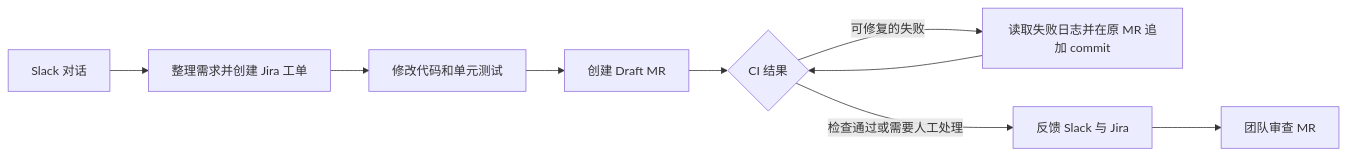
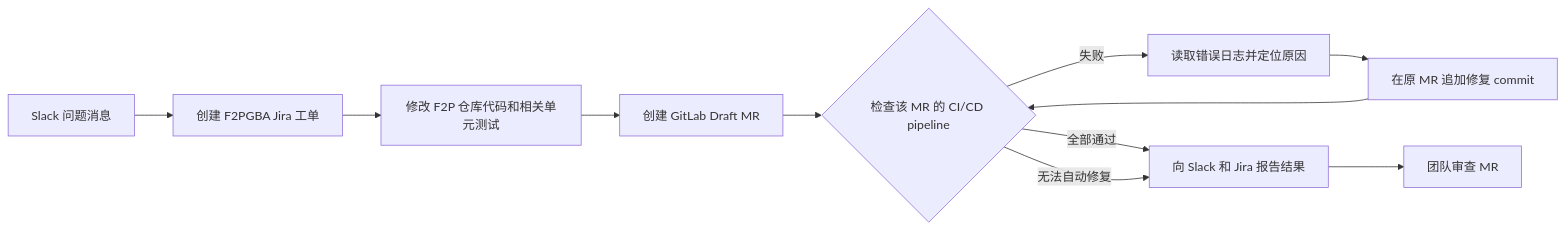
Before and after one commit to whhe-coder/Chat-to-Fix-Agent: the diagram in README.md, drawn with Mermaid. The commit also changed other lines of this file, not shown here.

Commit message:
docs: define F2P Slack to MR repair flow

````diff
--- a/README.md
+++ b/README.md
@@ -9,11 +9,13 @@
 ```mermaid
 flowchart LR
-    A[Slack 对话] --> B[整理需求并创建 Jira 工单]
-    B --> C[修改代码和单元测试]
-    C --> D[创建 Draft MR]
-    D --> E{CI 结果}
-    E -->|可修复的失败| F[读取失败日志并在原 MR 追加 commit]
-    F --> E
-    E -->|检查通过或需要人工处理| G[反馈 Slack 与 Jira]
-    G --> H[团队审查 MR]
+    A[Slack 问题消息] --> B[创建 F2PGBA Jira 工单]
+    B --> C[修改 F2P 仓库代码和相关单元测试]
+    C --> D[创建 GitLab Draft MR]
+    D --> E{检查该 MR 的 CI/CD pipeline}
+    E -->|失败| F[读取错误日志并定位原因]
+    F --> G[在原 MR 追加修复 commit]
+    G --> E
+    E -->|全部通过| H[向 Slack 和 Jira 报告结果]
+    E -->|无法自动修复| H
+    H --> I[团队审查 MR]
 ```
````
